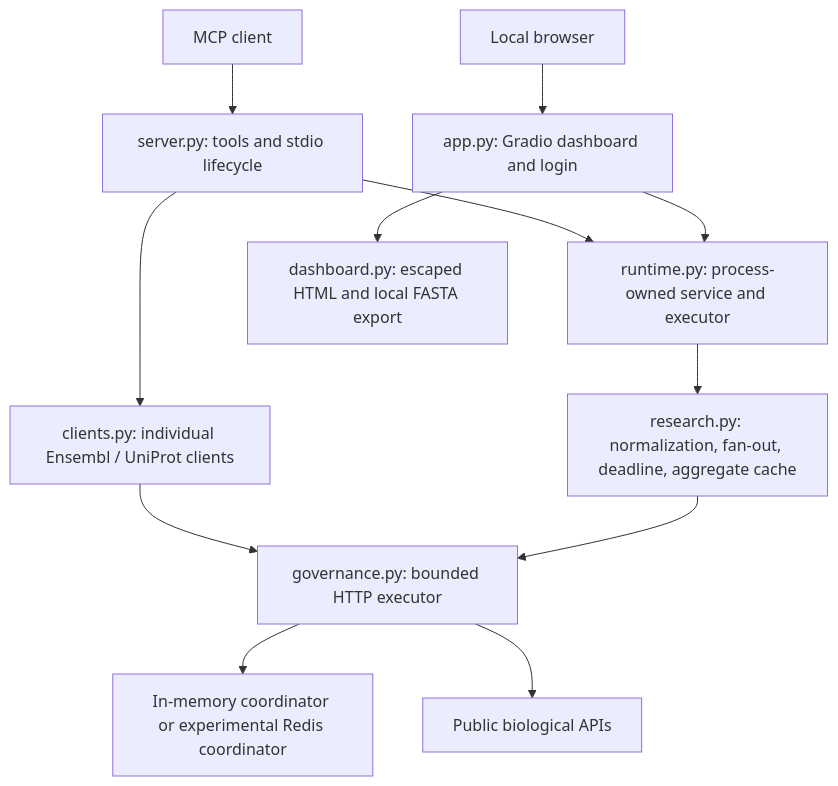
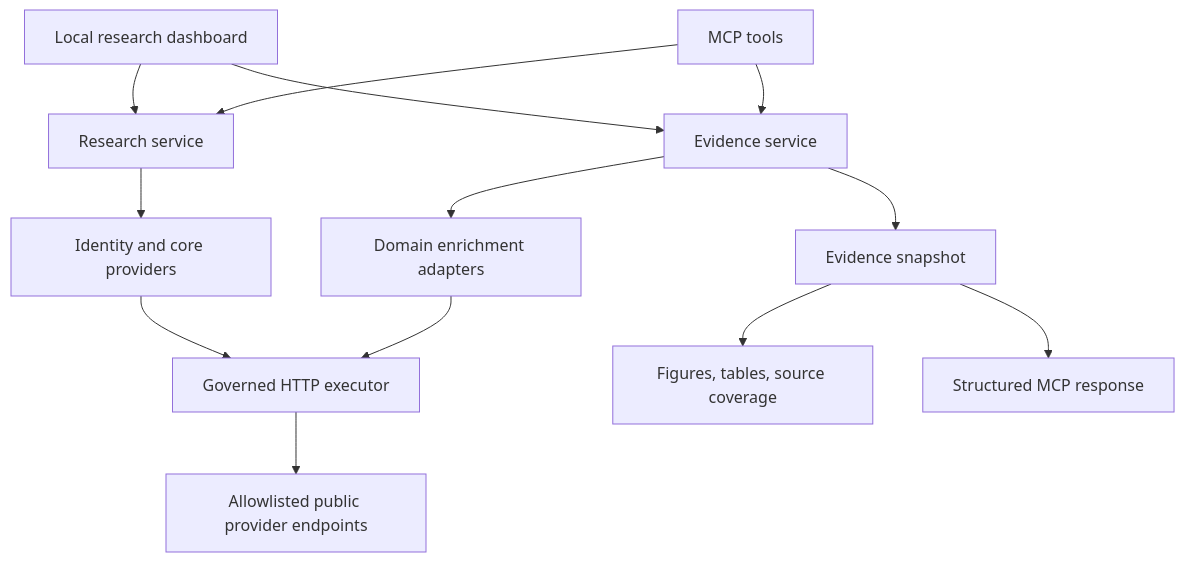
One commit to zhaoyuqi616/BioMCP changed the diagram in docs/architecture/overview.md. Above: the diagram before and after it, drawn with Mermaid. The commit also changed other lines of this file and 13 other files, not shown here.

Commit message:
Release v0.7 single-gene evidence explorer and source coverage

````diff
--- a/docs/architecture/overview.md
+++ b/docs/architecture/overview.md
@@ -7,14 +13,15 @@
-```mermaid
+~~~mermaid
 flowchart TD
-    Host[MCP client] --> Server[server.py: tools and stdio lifecycle]
-    Browser[Local browser] --> UI[app.py: Gradio dashboard and login]
-    Server --> Runtime[runtime.py: process-owned service and executor]
-    UI --> Runtime
-    Runtime --> Research[research.py: normalization, fan-out, deadline, aggregate cache]
-    Server --> Clients[clients.py: individual Ensembl / UniProt clients]
-    Clients --> Executor[governance.py: bounded HTTP executor]
-    Research --> Executor
-    Executor --> Control[In-memory coordinator or experimental Redis coordinator]
-    Executor --> Providers[Public biological APIs]
-    UI --> View[dashboard.py: escaped HTML and local FASTA export]
-```
+  UI[Local research dashboard] --> Core[Research service]
+  MCP[MCP tools] --> Core
+  Core --> Resolver[Identity and core providers]
+  UI --> Evidence[Evidence service]
+  MCP --> Evidence
+  Evidence --> Enrich[Domain enrichment adapters]
+  Resolver --> IO[Governed HTTP executor]
+  Enrich --> IO
+  IO --> Remote[Allowlisted public provider endpoints]
+  Evidence --> Snapshot[Evidence snapshot]
+  Snapshot --> Views[Figures, tables, source coverage]
+  Snapshot --> Agent[Structured MCP response]
+~~~
````
